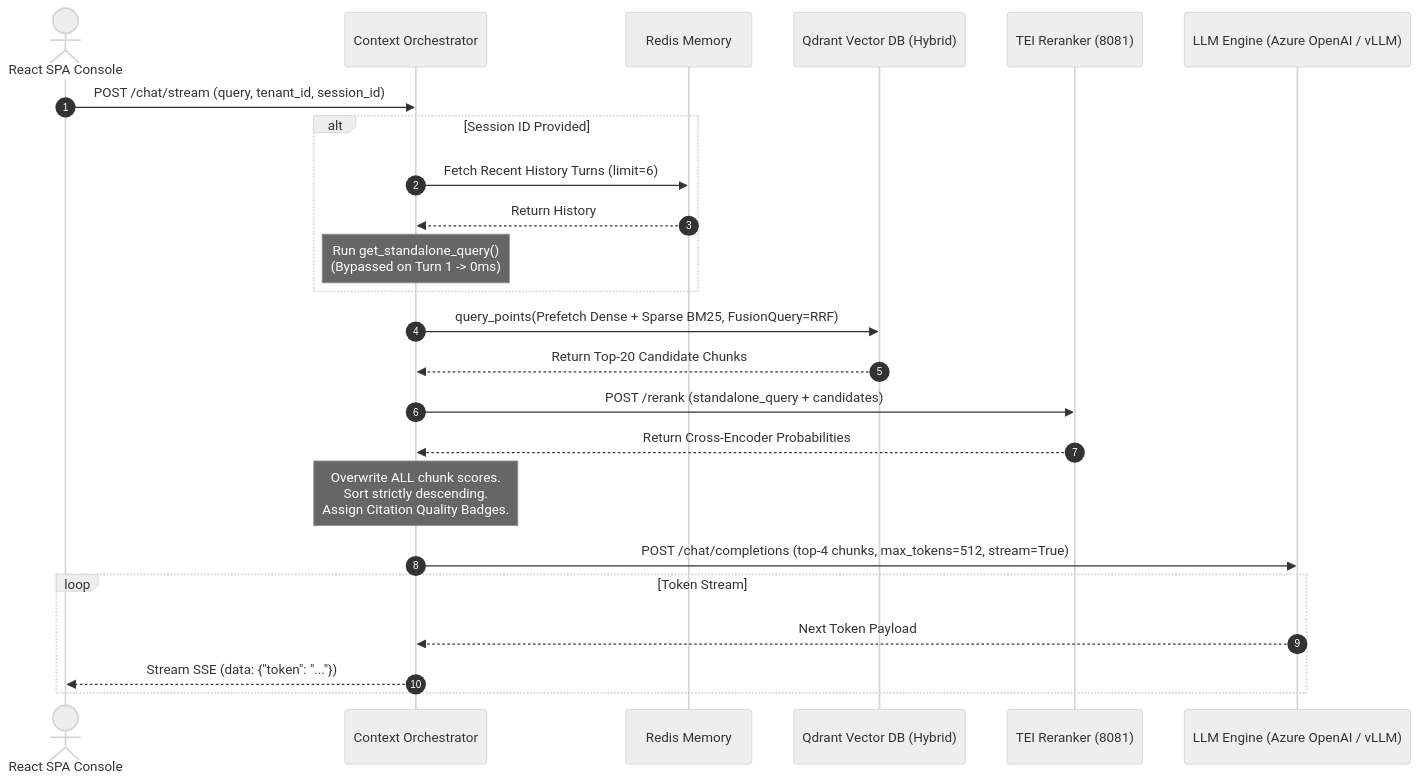
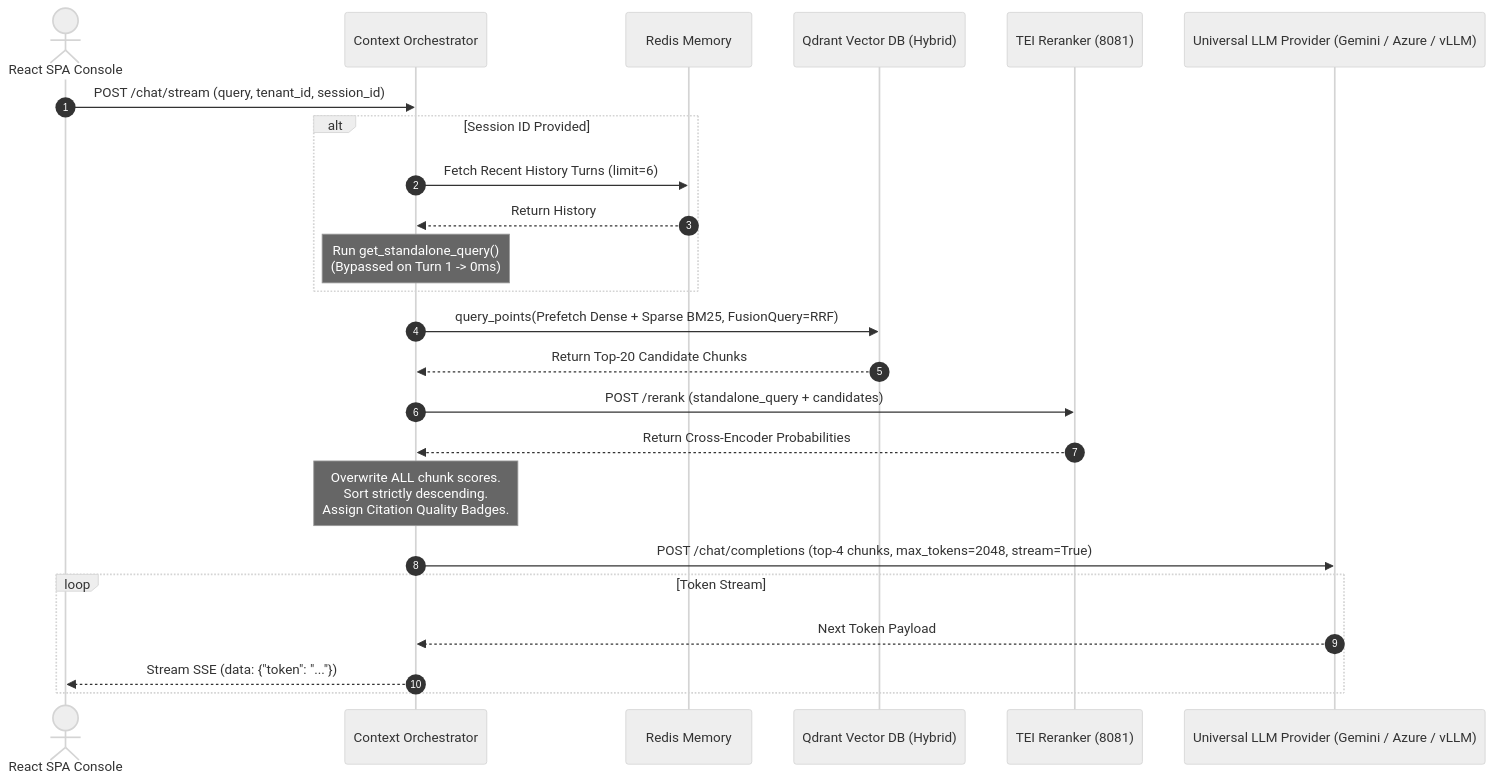
Before and after one commit to gpu-stack/Enterprise-AI-Fabric: the diagram in src/generation/README.md, drawn with Mermaid (neutral theme). The commit also changed other lines of this file and 2 other files, not shown here.

Commit message:
docs: Update README documentation across main, generation, and frontend modules with complete architectural flows and verified features

````diff
--- a/src/generation/README.md
+++ b/src/generation/README.md
@@ -32,32 +33,32 @@
 ```mermaid
 sequenceDiagram
     autonumber
     actor User as React SPA Console
     participant Orch as Context Orchestrator
     participant Redis as Redis Memory
     participant DB as Qdrant Vector DB (Hybrid)
     participant Rerank as TEI Reranker (8081)
-    participant LLM as LLM Engine (Azure OpenAI / vLLM)
+    participant LLM as Universal LLM Provider (Gemini / Azure / vLLM)
 
     User->>Orch: POST /chat/stream (query, tenant_id, session_id)
     
     alt Session ID Provided
         Orch->>Redis: Fetch Recent History Turns (limit=6)
         Redis-->>Orch: Return History
         Note over Orch: Run get_standalone_query()<br>(Bypassed on Turn 1 -> 0ms)
     end
 
     Orch->>DB: query_points(Prefetch Dense + Sparse BM25, FusionQuery=RRF)
     DB-->>Orch: Return Top-20 Candidate Chunks
 
     Orch->>Rerank: POST /rerank (standalone_query + candidates)
     Rerank-->>Orch: Return Cross-Encoder Probabilities
     Note over Orch: Overwrite ALL chunk scores.<br>Sort strictly descending.<br>Assign Citation Quality Badges.
 
-    Orch->>LLM: POST /chat/completions (top-4 chunks, max_tokens=512, stream=True)
+    Orch->>LLM: POST /chat/completions (top-4 chunks, max_tokens=2048, stream=True)
     
     loop Token Stream
         LLM-->>Orch: Next Token Payload
         Orch-->>User: Stream SSE (data: {"token": "..."})
     end
 ```
````
